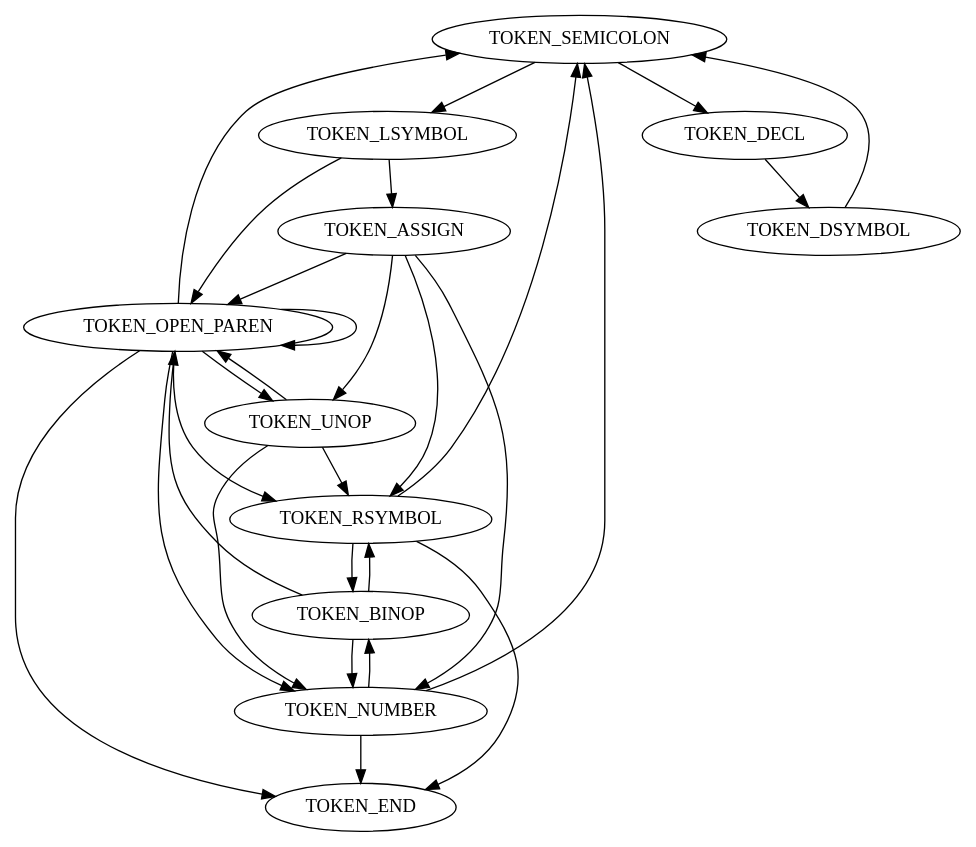
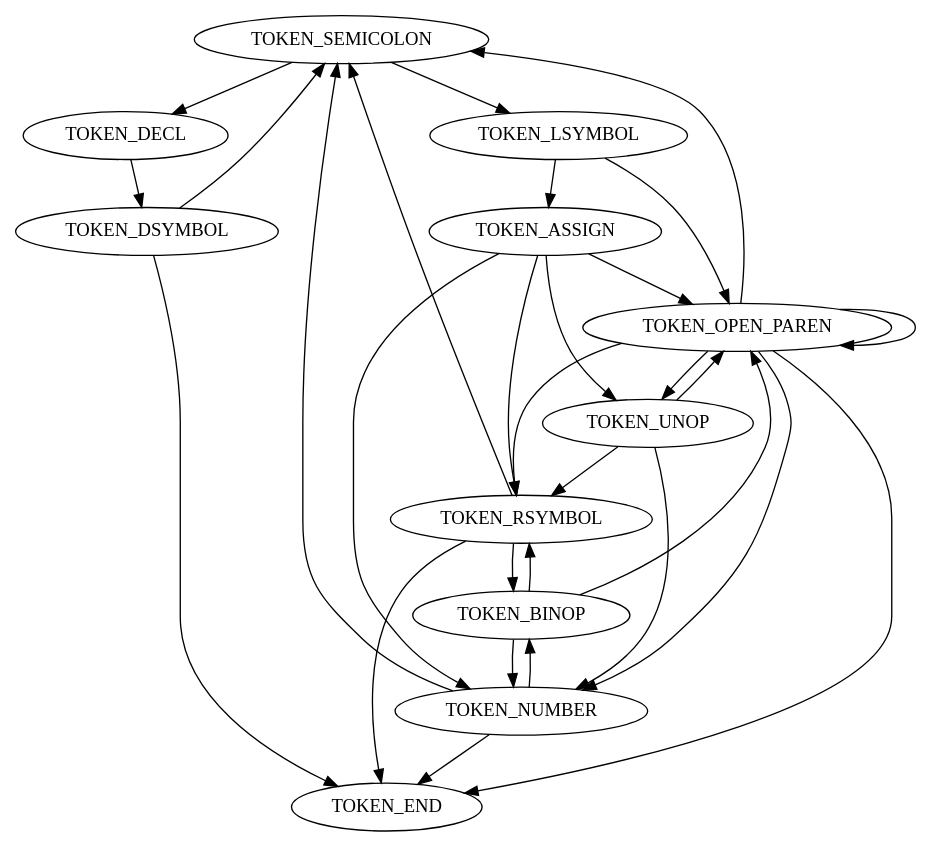
One commit to M4tsuri/c_calculator changed the diagram in resources/token_automaton.dot. Above: the diagram before and after it, drawn with Graphviz. The commit also changed 11 other files, not shown here.

```diff
--- a/resources/token_automaton.dot
+++ b/resources/token_automaton.dot
@@ -1,48 +1,49 @@
 digraph G {
     // the begining of a statement, lsymbol represents the assigned variable or a function 
     "TOKEN_SEMICOLON" -> "TOKEN_LSYMBOL";
     "TOKEN_SEMICOLON" -> "TOKEN_DECL";
     
     // a declaration, the declared symbol is dsymbol
     "TOKEN_DECL" -> "TOKEN_DSYMBOL" -> "TOKEN_SEMICOLON";
     
     // a lsymbol is at the start of an assign or a function call
     "TOKEN_LSYMBOL" -> "TOKEN_ASSIGN";
     "TOKEN_LSYMBOL" -> "TOKEN_OPEN_PAREN";
     
     // an expression is the rhs of assign
     // expressions must start with '(', symbol or number
     "TOKEN_ASSIGN" -> "TOKEN_OPEN_PAREN";
     "TOKEN_ASSIGN" -> "TOKEN_RSYMBOL";
     "TOKEN_ASSIGN" -> "TOKEN_NUMBER";
     "TOKEN_ASSIGN" -> "TOKEN_UNOP";
     
     // '(' is followed by an expression
     "TOKEN_UNOP" -> "TOKEN_OPEN_PAREN";
     "TOKEN_UNOP" -> "TOKEN_RSYMBOL";
     "TOKEN_UNOP" -> "TOKEN_NUMBER";
     
     // '(' is followed by an expression
     "TOKEN_OPEN_PAREN" -> "TOKEN_OPEN_PAREN";
     "TOKEN_OPEN_PAREN" -> "TOKEN_RSYMBOL";
     "TOKEN_OPEN_PAREN" -> "TOKEN_NUMBER";
     "TOKEN_OPEN_PAREN" -> "TOKEN_UNOP";
     
     // a rsymbol or number is followed by a binop
     "TOKEN_RSYMBOL" -> "TOKEN_BINOP";
     "TOKEN_NUMBER" -> "TOKEN_BINOP";
     
     // a binop is followed by an expression (cannot start with an unary op)
     "TOKEN_BINOP" -> "TOKEN_OPEN_PAREN";
     "TOKEN_BINOP" -> "TOKEN_RSYMBOL";
     "TOKEN_BINOP" -> "TOKEN_NUMBER";
     
     "TOKEN_OPEN_PAREN" -> "TOKEN_SEMICOLON";
     "TOKEN_RSYMBOL" -> "TOKEN_SEMICOLON";
     "TOKEN_NUMBER" -> "TOKEN_SEMICOLON";
     
     
     "TOKEN_OPEN_PAREN" -> "TOKEN_END";
     "TOKEN_RSYMBOL" -> "TOKEN_END";
     "TOKEN_NUMBER" -> "TOKEN_END";
+    "TOKEN_DSYMBOL" -> "TOKEN_END";
 }
```
